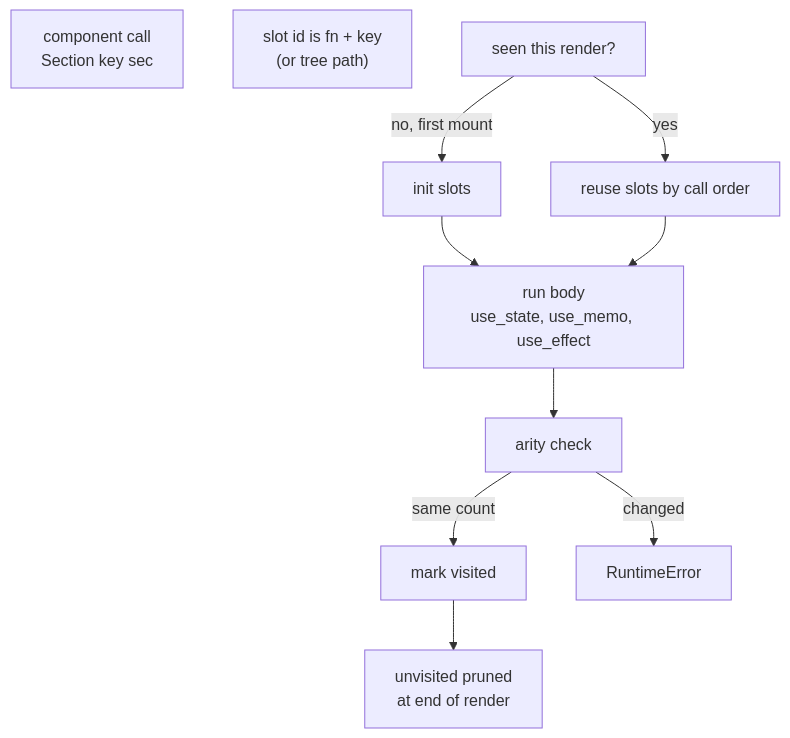
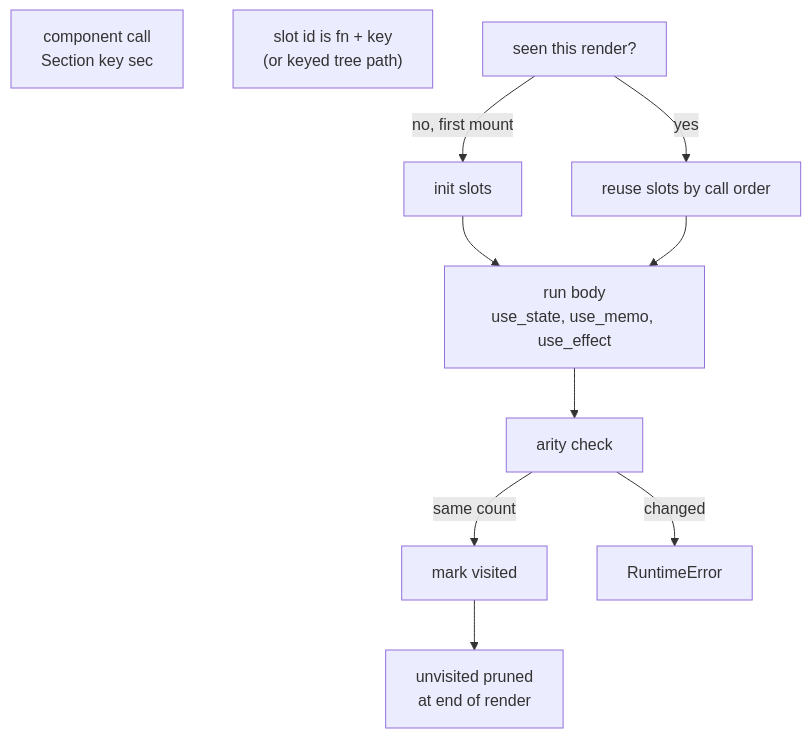
The seventh of 8 diagrams in docs/how-it-works.md (aaron-riact/flyrail), drawn with Mermaid before and after one commit. The commit also changed other lines of this file and 1 other file, not shown here.

````diff
--- a/docs/how-it-works.md
+++ b/docs/how-it-works.md
@@ -171,14 +196,14 @@
 ```mermaid
 flowchart TD
     C["component call<br/>Section key sec"]
-    S["slot id is fn + key<br/>(or tree path)"]
+    S["slot id is fn + key<br/>(or keyed tree path)"]
     N["seen this render?"]
     N -- "no, first mount" --> I["init slots"]
     N -- "yes" --> R["reuse slots by call order"]
     I --> H["run body<br/>use_state, use_memo, use_effect"]
     R --> H
     H --> K["arity check"]
     K -- "same count" --> V["mark visited"]
     K -- "changed" --> ERR["RuntimeError"]
     V --> U["unvisited pruned<br/>at end of render"]
 ```
````
